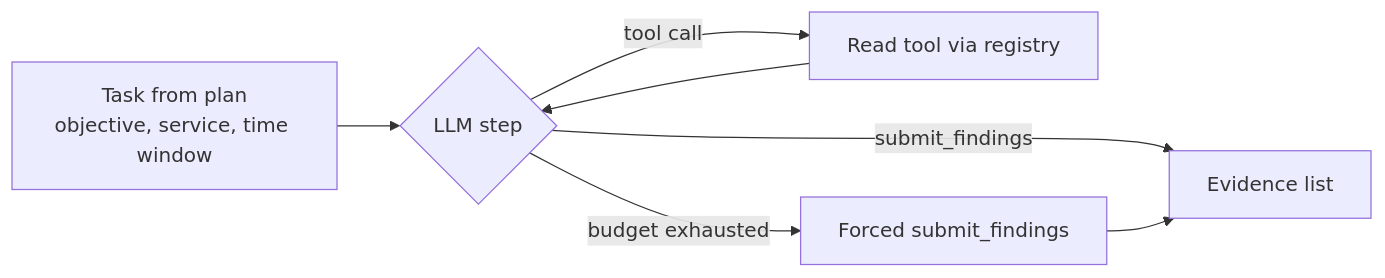
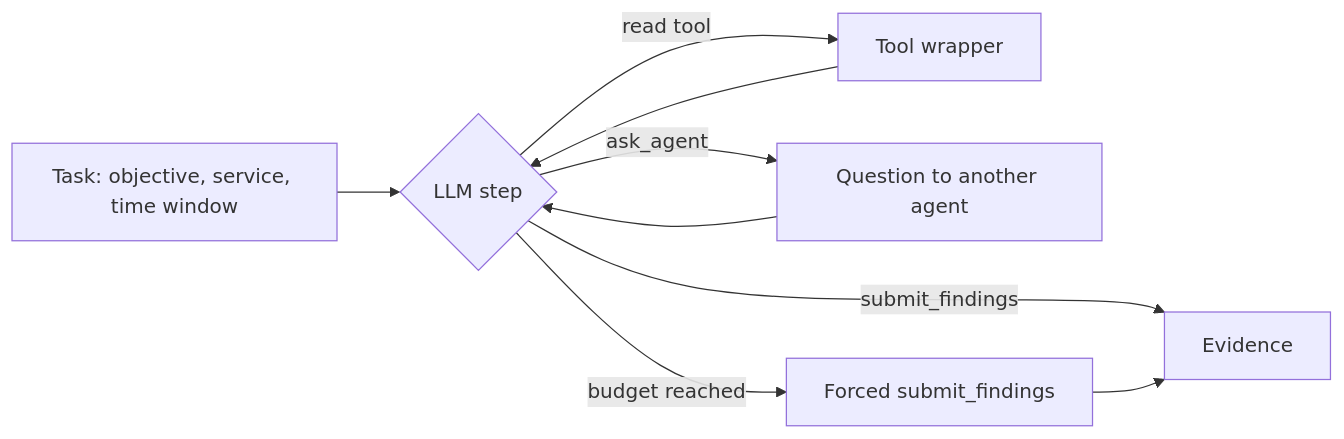
One commit to sanjaypc-github/Forgeops changed the fifth of 7 diagrams in docs/TRD.md. Above: the diagram before and after it, drawn with Mermaid. The commit also changed other lines of this file and 2 other files, not shown here.

Commit message:
Revise PRD and TRD to v2: area-based agents, MCP connector catalog, agent questions, chat bar

````diff
--- a/docs/TRD.md
+++ b/docs/TRD.md
@@ -191,7 +184,8 @@
 ```mermaid
 flowchart LR
-    TASK[Task from plan<br/>objective, service, time window] --> LLM{LLM step}
-    LLM -->|tool call| TOOL[Read tool via registry] --> LLM
-    LLM -->|submit_findings| OUT[Evidence list]
-    LLM -->|budget exhausted| FORCE[Forced submit_findings] --> OUT
+    T[Task: objective, service, time window] --> L{LLM step}
+    L -->|read tool| W[Tool wrapper] --> L
+    L -->|ask_agent| Q[Question to another agent] --> L
+    L -->|submit_findings| F[Evidence]
+    L -->|budget reached| FF[Forced submit_findings] --> F
 ```
````
